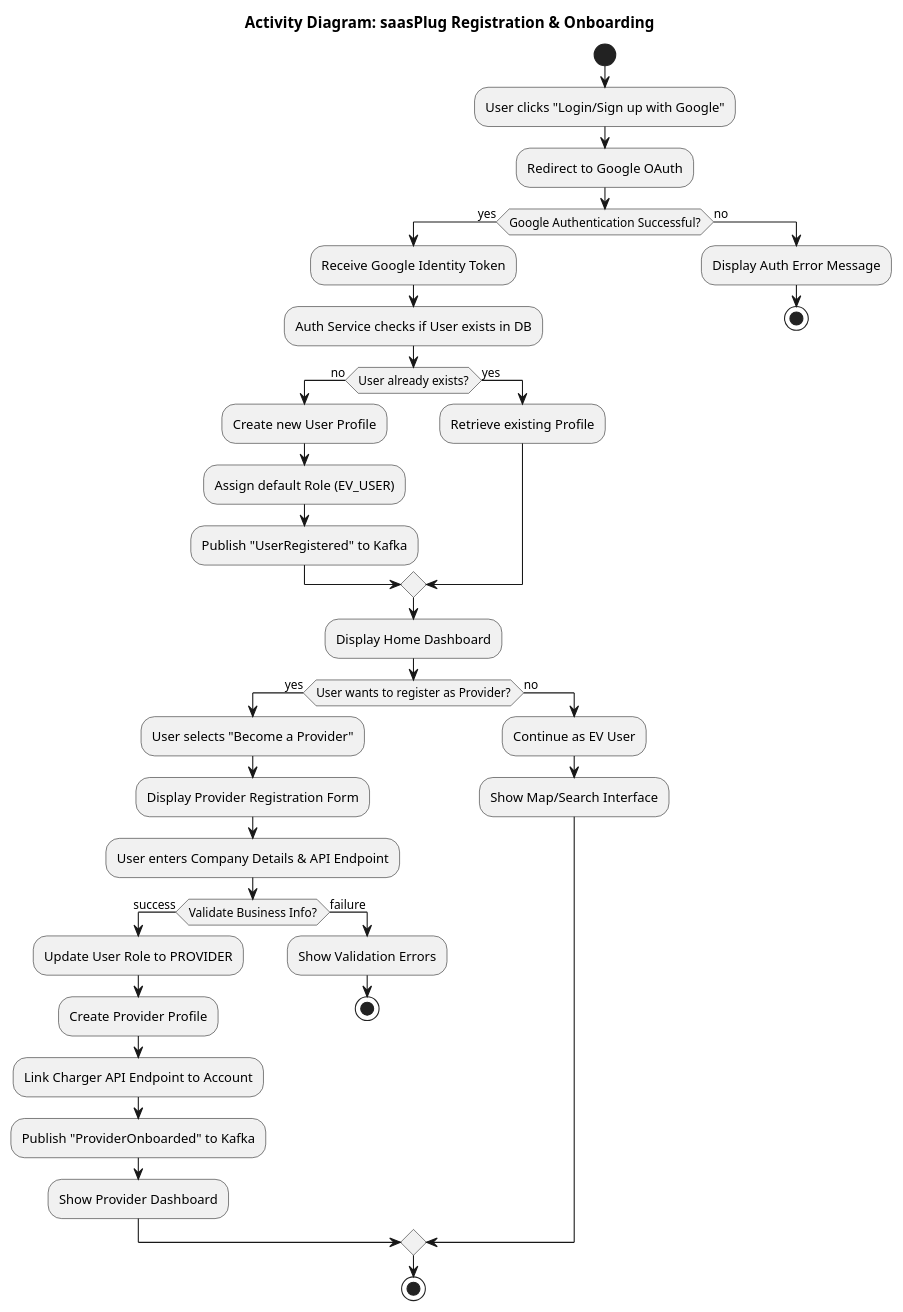
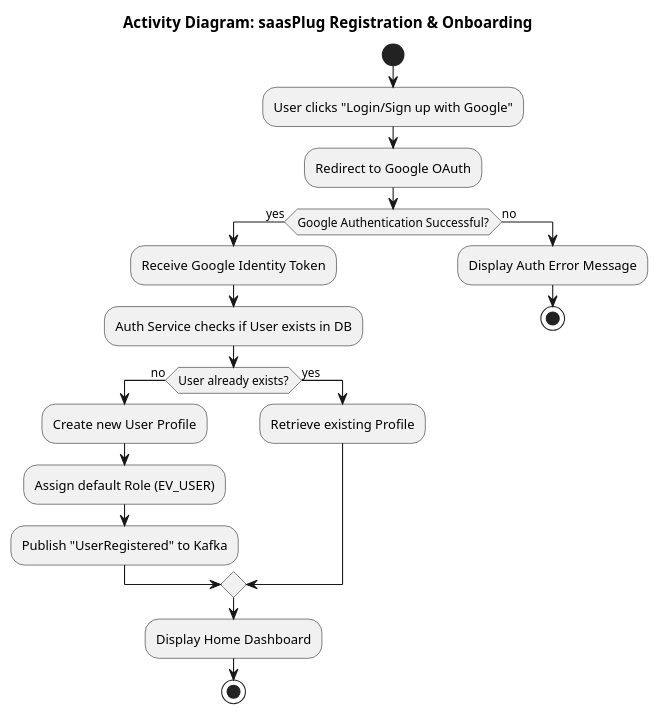
Before and after one commit to Angelosef/saas_plug_diagrams: the diagram in puml_diagrams/activity/register.puml, drawn with PlantUML. The commit also changed 3 other files, not shown here.

```diff
--- a/puml_diagrams/activity/register.puml
+++ b/puml_diagrams/activity/register.puml
@@ -1,48 +1,28 @@
 @startuml activity_register
 title Activity Diagram: saasPlug Registration & Onboarding
 
 start
 :User clicks "Login/Sign up with Google";
 :Redirect to Google OAuth;
 
 if (Google Authentication Successful?) then (yes)
   :Receive Google Identity Token;
   :Auth Service checks if User exists in DB;
   
   if (User already exists?) then (no)
     :Create new User Profile;
     :Assign default Role (EV_USER);
     :Publish "UserRegistered" to Kafka;
   else (yes)
     :Retrieve existing Profile;
   endif
 
   :Display Home Dashboard;
   
-  if (User wants to register as Provider?) then (yes)
-    :User selects "Become a Provider";
-    :Display Provider Registration Form;
-    :User enters Company Details & API Endpoint;
-    
-    if (Validate Business Info?) then (success)
-      :Update User Role to PROVIDER;
-      :Create Provider Profile;
-      :Link Charger API Endpoint to Account;
-      :Publish "ProviderOnboarded" to Kafka;
-      :Show Provider Dashboard;
-    else (failure)
-      :Show Validation Errors;
-      stop
-    endif
-  else (no)
-    :Continue as EV User;
-    :Show Map/Search Interface;
-  endif
-  
   stop
 else (no)
   :Display Auth Error Message;
   stop
 endif
 
 @enduml
```
